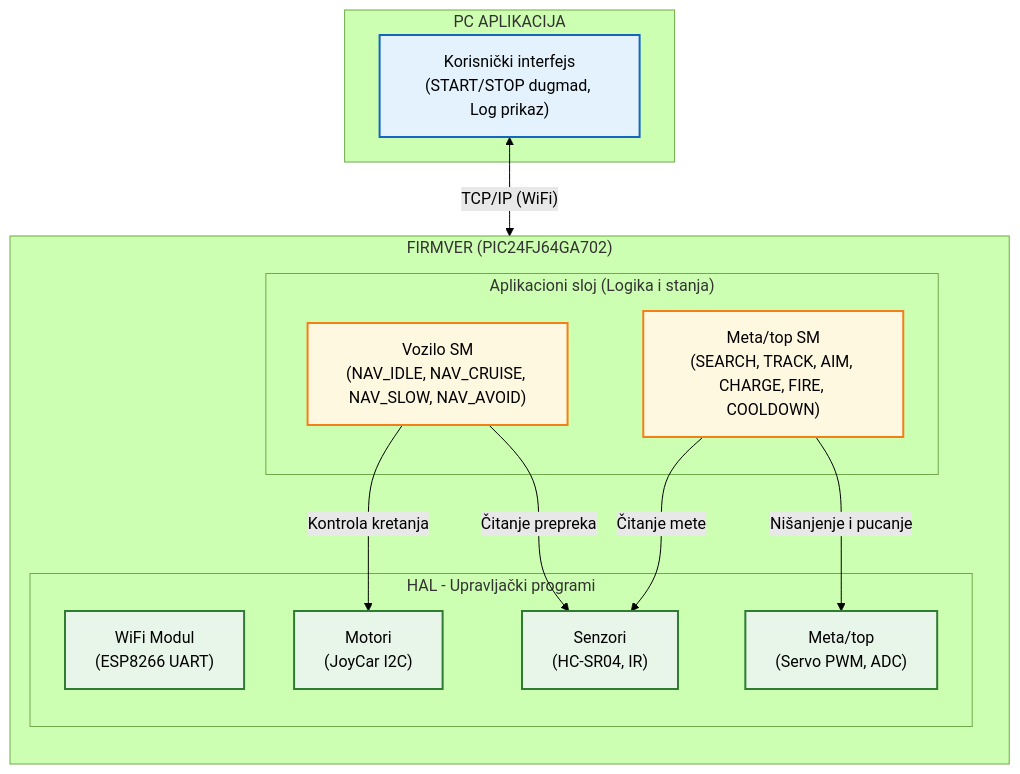
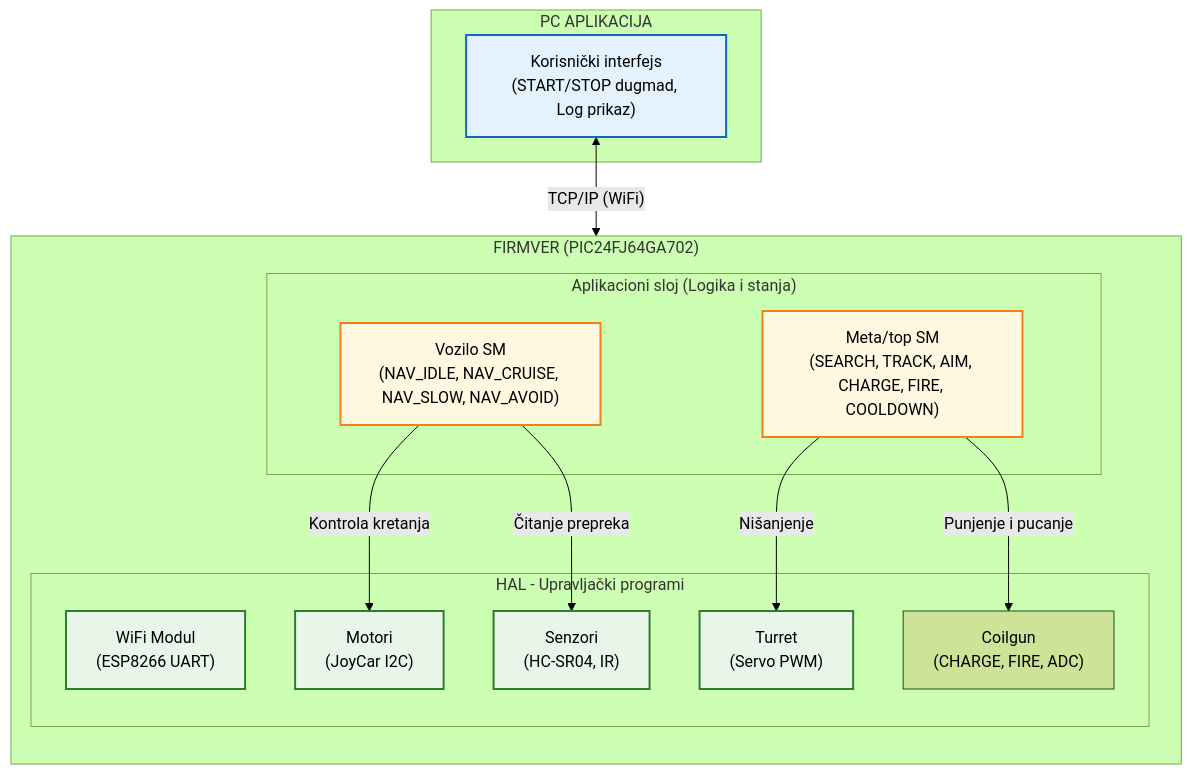
The diagram in docs/architecture/software.md (lukavidic/Vihor), drawn with Mermaid (forest theme) before and after one commit. The commit also changed other lines of this file, not shown here.

````diff
--- a/docs/architecture/software.md
+++ b/docs/architecture/software.md
@@ -29,40 +29,42 @@
 ```mermaid
 flowchart TD
     classDef layerApp fill:#e3f2fd,stroke:#1565c0,stroke-width:2px,color:#000
     classDef layerLogic fill:#fff8e1,stroke:#f57f17,stroke-width:2px,color:#000
     classDef layerHAL fill:#e8f5e9,stroke:#2e7d32,stroke-width:2px,color:#000
+    class DRV_WIFI,DRV_SENS,DRV_MOT,DRV_TUR,DRV_GUN layerHAL;
     
     subgraph PC["PC APLIKACIJA"]
         UI["Korisnički interfejs<br/>(START/STOP dugmad, Log prikaz)"]
     end
 
     subgraph FW["FIRMVER (PIC24FJ64GA702)"]
         direction TB
         
         subgraph LOGIKA["Aplikacioni sloj (Logika i stanja)"]
             SM_VEH["Vozilo SM<br/>(NAV_IDLE, NAV_CRUISE, NAV_SLOW, NAV_AVOID)"]
             SM_TUR["Meta/top SM<br/>(SEARCH, TRACK, AIM, CHARGE, FIRE, COOLDOWN)"]
         end
         
         subgraph HAL["HAL - Upravljački programi"]
             DRV_WIFI["WiFi Modul<br/>(ESP8266 UART)"]
             DRV_SENS["Senzori<br/>(HC-SR04, IR)"]
             DRV_MOT["Motori<br/>(JoyCar I2C)"]
-            DRV_TUR["Meta/top<br/>(Servo PWM, ADC)"]
+            DRV_TUR["Turret<br/>(Servo PWM)"]
+            DRV_GUN["Coilgun<br/>(CHARGE, FIRE, ADC)"]
         end
     end
 
     %% Veze između slojeva
     UI <-->|"TCP/IP (WiFi)"| DRV_WIFI
     
     SM_VEH -->|"Kontrola kretanja"| DRV_MOT
     SM_VEH -->|"Čitanje prepreka"| DRV_SENS
     
-    SM_TUR -->|"Nišanjenje i pucanje"| DRV_TUR
-    SM_TUR -->|"Čitanje mete"| DRV_SENS
+    SM_TUR -->|"Nišanjenje"| DRV_TUR
+    SM_TUR -->|"Punjenje i pucanje"| DRV_GUN
 
     %% Primjena stilova (boja)
     class UI layerApp;
     class SM_VEH,SM_TUR layerLogic;
     class DRV_WIFI,DRV_SENS,DRV_MOT,DRV_TUR layerHAL;
 ```
````
